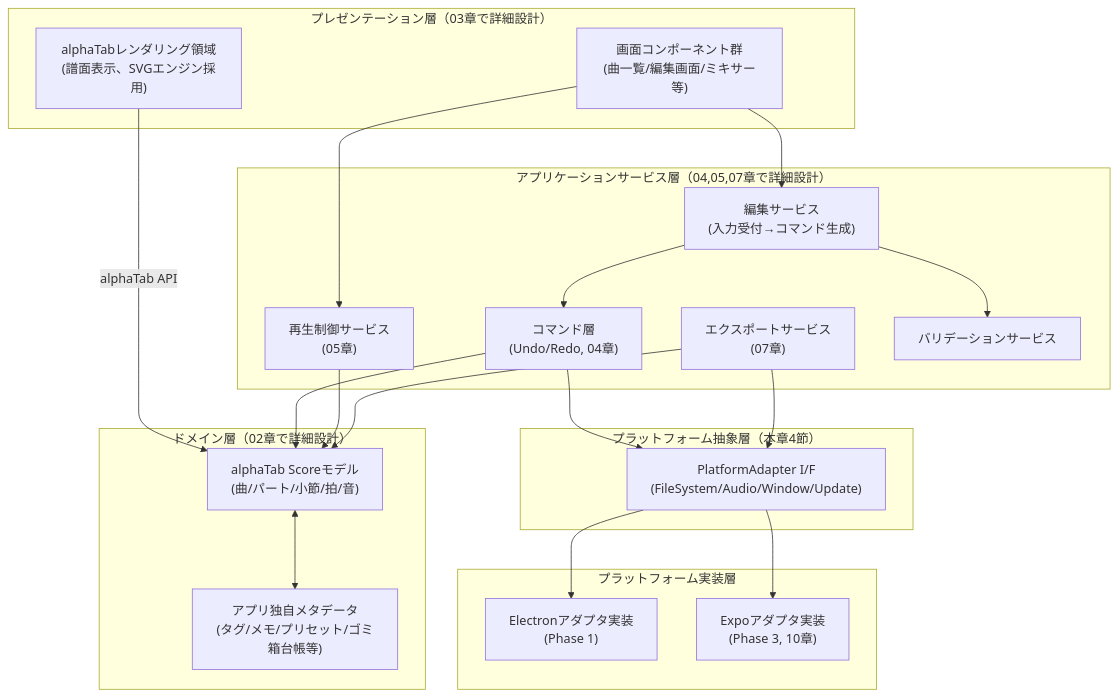
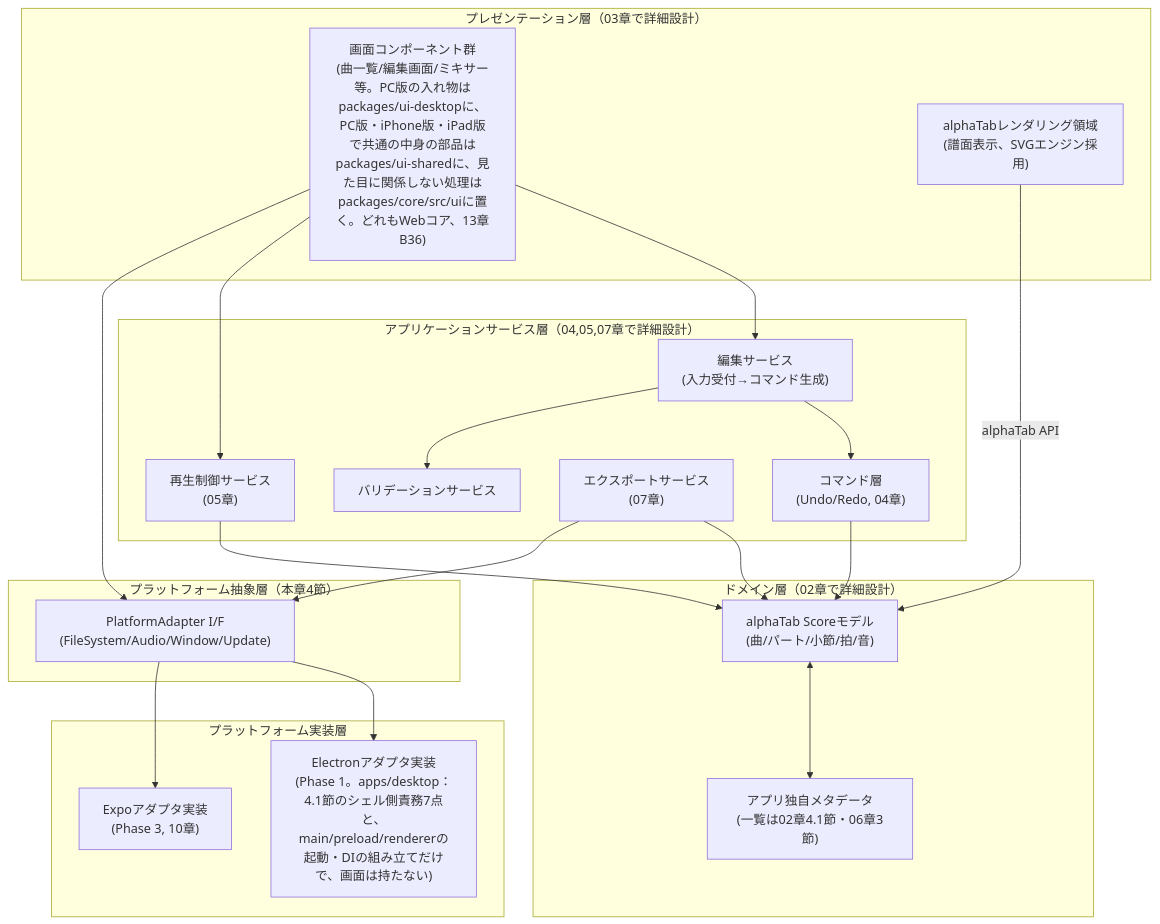
The first of 2 diagrams in docs/basic_design/01_architecture.md (ippoooooshi/RiFF-LiNE), drawn with Mermaid before and after one commit. The commit also changed other lines of this file and 618 other files, not shown here.

````diff
--- a/docs/basic_design/01_architecture.md
+++ b/docs/basic_design/01_architecture.md
@@ -13,38 +13,38 @@
 ```mermaid
 flowchart TB
     subgraph L1["プレゼンテーション層（03章で詳細設計）"]
-        SCR["画面コンポーネント群\n(曲一覧/編集画面/ミキサー等)"]
+        SCR["画面コンポーネント群\n(曲一覧/編集画面/ミキサー等。PC版の入れ物はpackages/ui-desktopに、PC版・iPhone版・iPad版で共通の中身の部品はpackages/ui-sharedに、見た目に関係しない処理はpackages/core/src/uiに置く。どれもWebコア、13章B36)"]
         REND["alphaTabレンダリング領域\n(譜面表示、SVGエンジン採用)"]
     end
     subgraph L2["アプリケーションサービス層（04,05,07章で詳細設計）"]
         EDITSVC["編集サービス\n(入力受付→コマンド生成)"]
         CMD["コマンド層\n(Undo/Redo, 04章)"]
         PLAYSVC["再生制御サービス\n(05章)"]
         EXPORTSVC["エクスポートサービス\n(07章)"]
         VALID["バリデーションサービス"]
     end
     subgraph L3["ドメイン層（02章で詳細設計）"]
         SCORE["alphaTab Scoreモデル\n(曲/パート/小節/拍/音)"]
-        META["アプリ独自メタデータ\n(タグ/メモ/プリセット/ゴミ箱台帳等)"]
+        META["アプリ独自メタデータ\n(一覧は02章4.1節・06章3節)"]
     end
     subgraph L4["プラットフォーム抽象層（本章4節）"]
         PADAPT["PlatformAdapter I/F\n(FileSystem/Audio/Window/Update)"]
     end
     subgraph L5["プラットフォーム実装層"]
-        ELECTRON["Electronアダプタ実装\n(Phase 1)"]
+        ELECTRON["Electronアダプタ実装\n(Phase 1。apps/desktop：4.1節のシェル側責務7点と、main/preload/rendererの起動・DIの組み立てだけで、画面は持たない)"]
         EXPO["Expoアダプタ実装\n(Phase 3, 10章)"]
     end
 
     SCR --> EDITSVC
     SCR --> PLAYSVC
     REND -->|alphaTab API| SCORE
     EDITSVC --> CMD --> SCORE
     EDITSVC --> VALID
     PLAYSVC --> SCORE
     EXPORTSVC --> SCORE
     SCORE <--> META
-    CMD --> PADAPT
+    SCR --> PADAPT
     EXPORTSVC --> PADAPT
     PADAPT --> ELECTRON
     PADAPT --> EXPO
 ```
````
